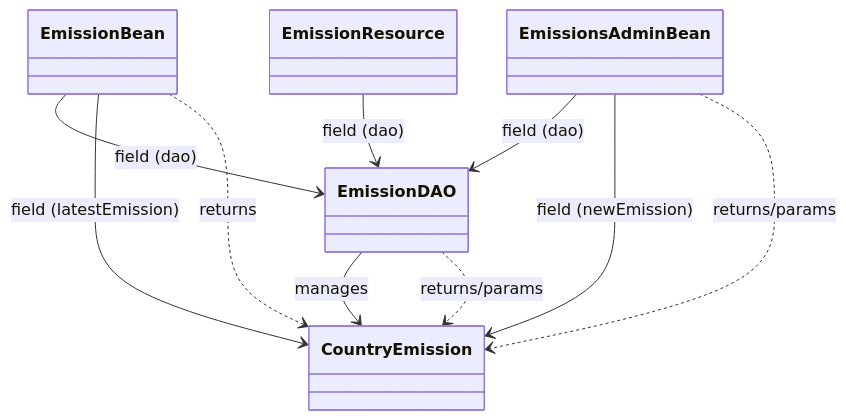
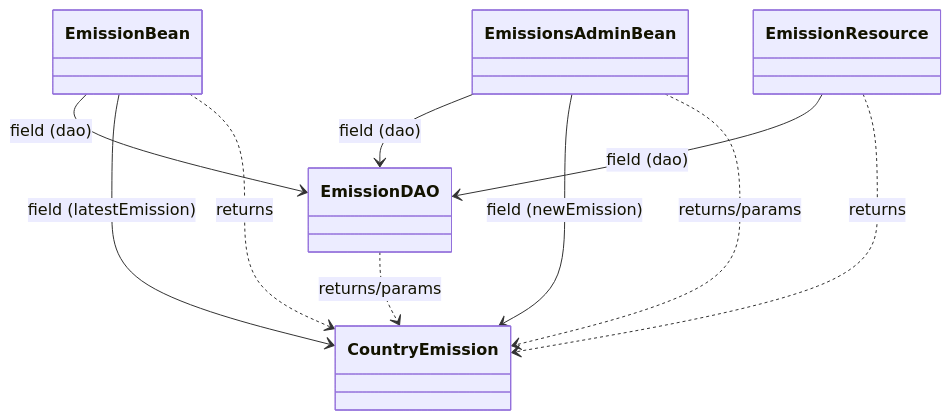
The first of 5 diagrams in README.md (Seifroh/hero2zero), drawn with Mermaid before and after one commit. The commit also changed other lines of this file, not shown here.

````diff
--- a/README.md
+++ b/README.md
@@ -34,15 +34,15 @@
 ```mermaid
 classDiagram
   %% Associations via fields
   EmissionBean --> EmissionDAO : field (dao)
   EmissionsAdminBean --> EmissionDAO : field (dao)
   EmissionResource --> EmissionDAO : field (dao)
-  EmissionDAO --> CountryEmission : manages
   EmissionBean --> CountryEmission : field (latestEmission)
   EmissionsAdminBean --> CountryEmission : field (newEmission)
 
   %% Dependencies via method signatures
   EmissionDAO ..> CountryEmission : returns/params
   EmissionBean ..> CountryEmission : returns
   EmissionsAdminBean ..> CountryEmission : returns/params
+  EmissionResource ..> CountryEmission : returns
 ```
````
